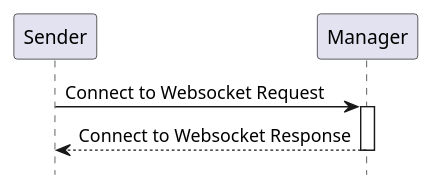
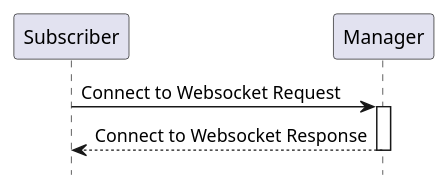
The diagram in input/images-source/rad-x2-seq.plantuml (IHE/RAD.IRA), drawn with PlantUML before and after one commit. The commit also changed 7 other files, not shown here.

Commit message:
Changed Sender to Subscriber.

```diff
--- a/input/images-source/rad-x2-seq.plantuml
+++ b/input/images-source/rad-x2-seq.plantuml
@@ -1,13 +1,13 @@
 @startuml
 
 hide footbox
 
-participant "Sender" as Sender
+participant "Subscriber" as Subscriber
 participant "Manager" as Manager
 
-Sender->Manager: Connect to Websocket Request
+Subscriber->Manager: Connect to Websocket Request
 activate Manager
-Manager-->Sender: Connect to Websocket Response
+Manager-->Subscriber: Connect to Websocket Response
 deactivate Manager
 
 @enduml
```
